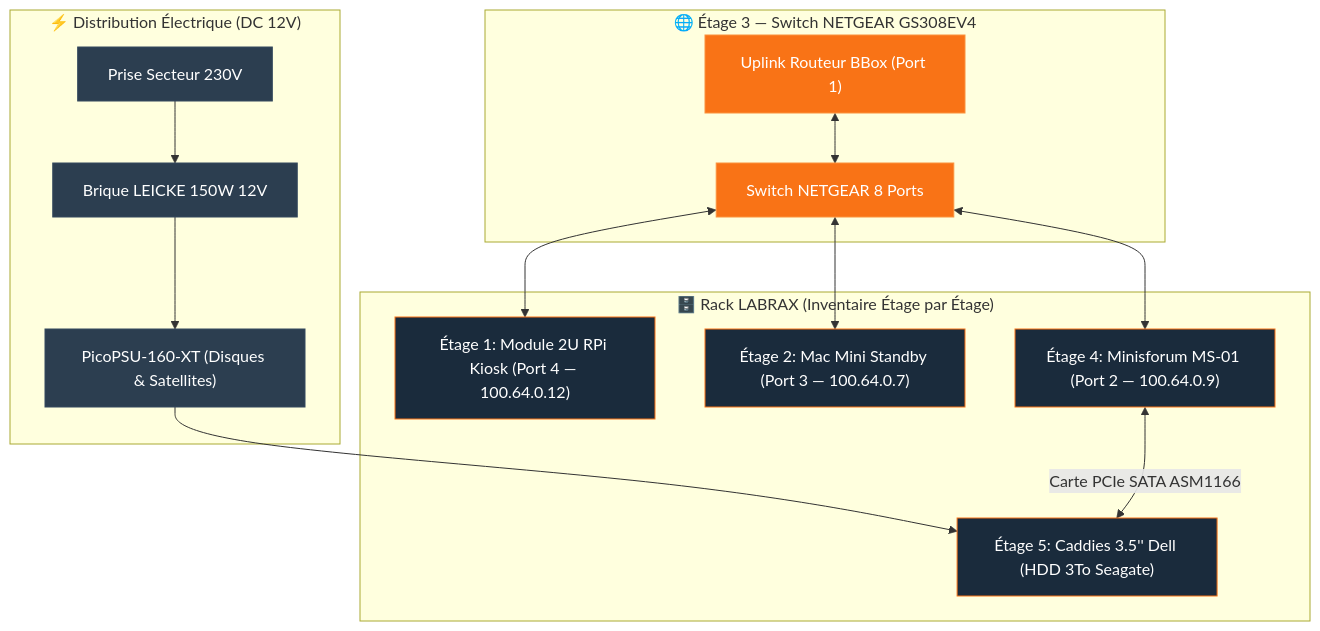
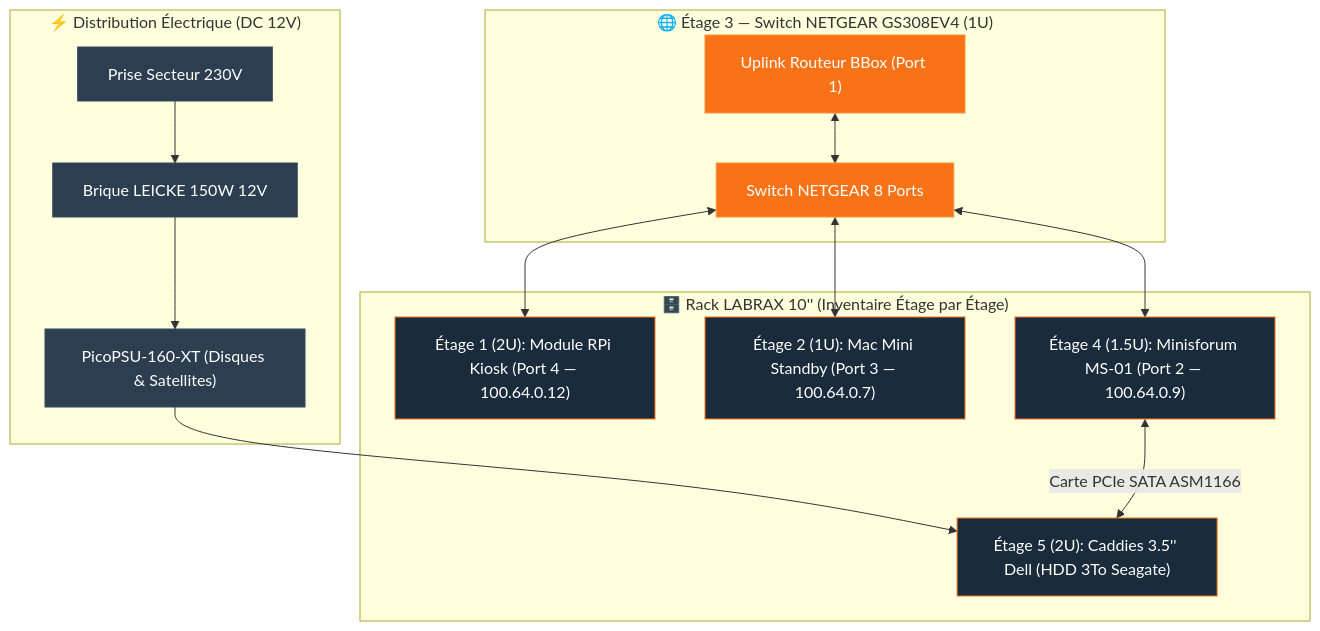
The diagram in infrastructure/labrax.md (ims-world/docs), drawn with Mermaid before and after one commit. The commit also changed other lines of this file, not shown here.

Commit message:
docs(labrax): ajout de la source du modele 3D (The DIY Life - Lab Rax 10") et ajout de la colonne Hauteur (U) dans l'inventaire

````diff
--- a/infrastructure/labrax.md
+++ b/infrastructure/labrax.md
@@ -59,37 +60,37 @@
 ```mermaid
 graph TB
     subgraph POWER ["⚡ Distribution Électrique (DC 12V)"]
         SECTEUR["Prise Secteur 230V"]
         LEICKE["Brique LEICKE 150W 12V"]
         PICO["PicoPSU-160-XT (Disques & Satellites)"]
         SECTEUR --> LEICKE
         LEICKE --> PICO
     end
 
-    subgraph SWITCH ["🌐 Étage 3 — Switch NETGEAR GS308EV4"]
+    subgraph SWITCH ["🌐 Étage 3 — Switch NETGEAR GS308EV4 (1U)"]
         NETGEAR["Switch NETGEAR 8 Ports"]
         BBOX["Uplink Routeur BBox (Port 1)"]
         BBOX <--> NETGEAR
     end
 
-    subgraph SLOTS ["🗄️ Rack LABRAX (Inventaire Étage par Étage)"]
-        RPI["Étage 1: Module 2U RPi Kiosk (Port 4 — 100.64.0.12)"]
-        MAC_MINI["Étage 2: Mac Mini Standby (Port 3 — 100.64.0.7)"]
-        MS01["Étage 4: Minisforum MS-01 (Port 2 — 100.64.0.9)"]
-        HDD_DISKS["Étage 5: Caddies 3.5'' Dell (HDD 3To Seagate)"]
+    subgraph SLOTS ["🗄️ Rack LABRAX 10'' (Inventaire Étage par Étage)"]
+        RPI["Étage 1 (2U): Module RPi Kiosk (Port 4 — 100.64.0.12)"]
+        MAC_MINI["Étage 2 (1U): Mac Mini Standby (Port 3 — 100.64.0.7)"]
+        MS01["Étage 4 (1.5U): Minisforum MS-01 (Port 2 — 100.64.0.9)"]
+        HDD_DISKS["Étage 5 (2U): Caddies 3.5'' Dell (HDD 3To Seagate)"]
     end
 
     NETGEAR <--> MS01
     NETGEAR <--> MAC_MINI
     NETGEAR <--> RPI
 
     PICO --> HDD_DISKS
     MS01 <-->|Carte PCIe SATA ASM1166| HDD_DISKS
 
     classDef pwr fill:#2c3e50,stroke:#34495e,color:#fff;
     classDef net fill:#F97316,stroke:#FB923C,color:#fff;
     classDef node fill:#1a2b3c,stroke:#F97316,color:#fff;
     class SECTEUR,LEICKE,PICO pwr;
     class NETGEAR,BBOX net;
     class MS01,MAC_MINI,RPI,HDD_DISKS node;
 ```
````
